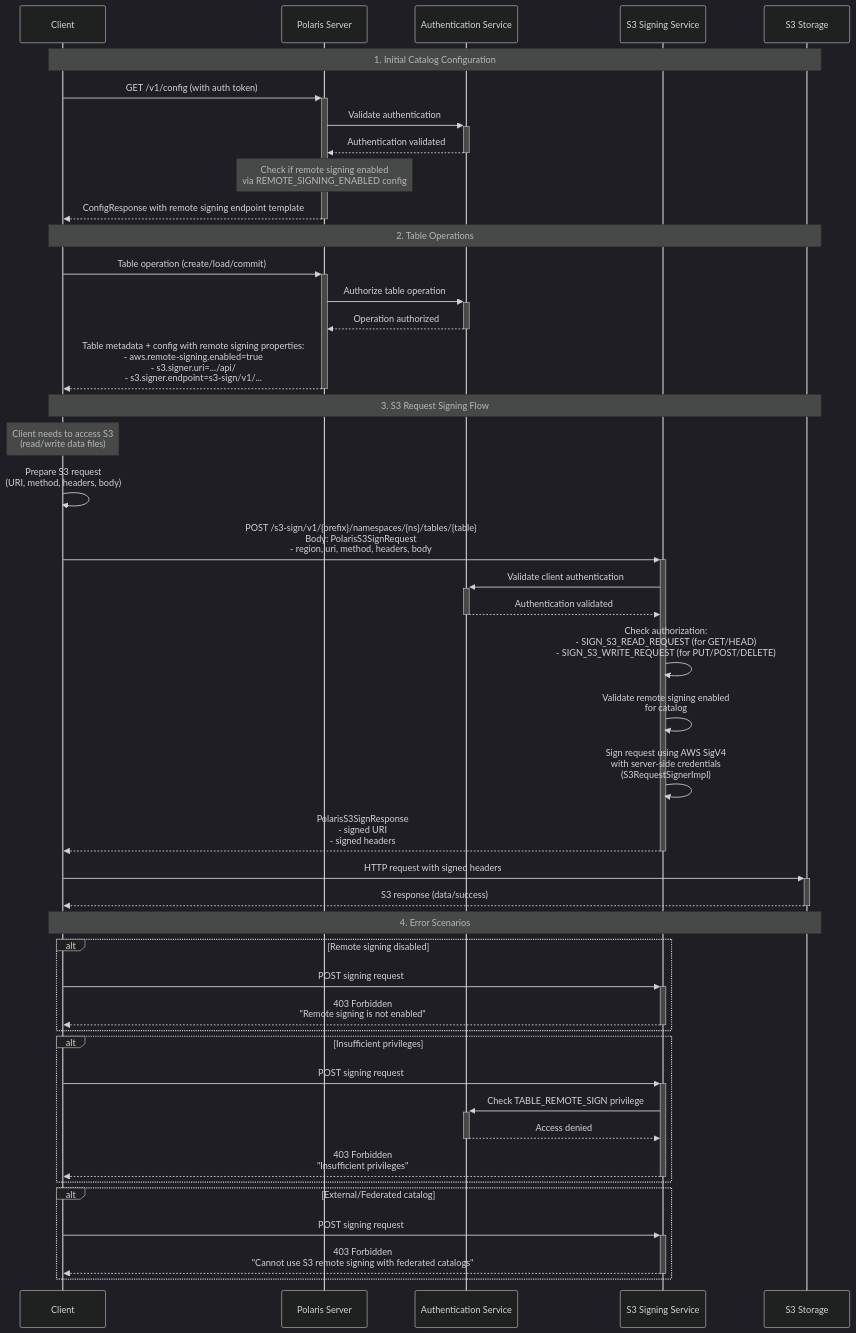
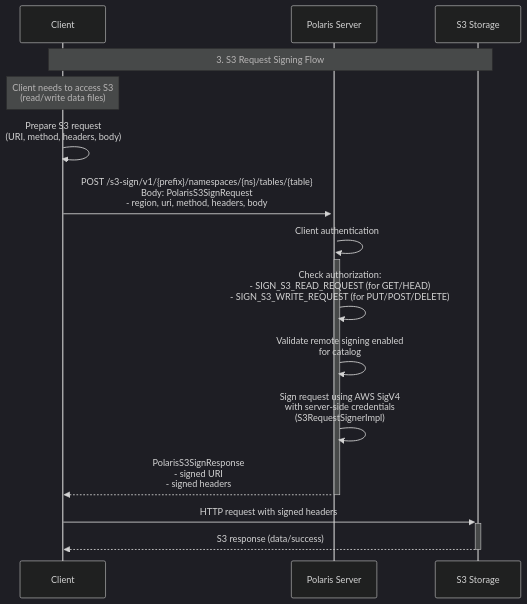
Before and after one commit to adutra/polaris: the third of 4 diagrams in s3-remote-signing-sequence-diagram.md, drawn with Mermaid (dark theme).

Commit message:
sequence diagram

````diff
--- a/s3-remote-signing-sequence-diagram.md
+++ b/s3-remote-signing-sequence-diagram.md
@@ -37,63 +67,26 @@
 ```mermaid
 sequenceDiagram
     participant Client
-    participant PolarisServer as Polaris Server
-    participant AuthService as Authentication Service
-    participant SigningService as S3 Signing Service
+    participant SigningService as Polaris Server
     participant S3Storage as S3 Storage
-
-    Note over Client, S3Storage: 1. Initial Catalog Configuration
-    Client->>+PolarisServer: GET /v1/config (with auth token)
-    PolarisServer->>+AuthService: Validate authentication
-    AuthService-->>-PolarisServer: Authentication validated
-    
-    Note over PolarisServer: Check if remote signing enabled<br/>via REMOTE_SIGNING_ENABLED config
-    
-    PolarisServer-->>-Client: ConfigResponse with remote signing endpoint template
-
-    Note over Client, S3Storage: 2. Table Operations
-    Client->>+PolarisServer: Table operation (create/load/commit)
-    PolarisServer->>+AuthService: Authorize table operation
-    AuthService-->>-PolarisServer: Operation authorized
-    PolarisServer-->>-Client: Table metadata + config with remote signing properties:<br/>- aws.remote-signing.enabled=true<br/>- s3.signer.uri=.../api/<br/>- s3.signer.endpoint=s3-sign/v1/...
 
     Note over Client, S3Storage: 3. S3 Request Signing Flow
     Note over Client: Client needs to access S3<br/>(read/write data files)
     
     Client->>Client: Prepare S3 request<br/>(URI, method, headers, body)
     
     Client->>+SigningService: POST /s3-sign/v1/{prefix}/namespaces/{ns}/tables/{table}<br/>Body: PolarisS3SignRequest<br/>- region, uri, method, headers, body
     
-    SigningService->>+AuthService: Validate client authentication
-    AuthService-->>-SigningService: Authentication validated
+    SigningService->>+SigningService: Client authentication
     
     SigningService->>SigningService: Check authorization:<br/>- SIGN_S3_READ_REQUEST (for GET/HEAD)<br/>- SIGN_S3_WRITE_REQUEST (for PUT/POST/DELETE)
     
     SigningService->>SigningService: Validate remote signing enabled<br/>for catalog
     
     SigningService->>SigningService: Sign request using AWS SigV4<br/>with server-side credentials<br/>(S3RequestSignerImpl)
     
     SigningService-->>-Client: PolarisS3SignResponse<br/>- signed URI<br/>- signed headers
     
     Client->>+S3Storage: HTTP request with signed headers
     S3Storage-->>-Client: S3 response (data/success)
-
-    Note over Client, S3Storage: 4. Error Scenarios
-    
-    alt Remote signing disabled
-        Client->>+SigningService: POST signing request
-        SigningService-->>-Client: 403 Forbidden<br/>"Remote signing is not enabled"
-    end
-    
-    alt Insufficient privileges
-        Client->>+SigningService: POST signing request
-        SigningService->>+AuthService: Check TABLE_REMOTE_SIGN privilege
-        AuthService-->>-SigningService: Access denied
-        SigningService-->>-Client: 403 Forbidden<br/>"Insufficient privileges"
-    end
-    
-    alt External/Federated catalog
-        Client->>+SigningService: POST signing request
-        SigningService-->>-Client: 403 Forbidden<br/>"Cannot use S3 remote signing with federated catalogs"
-    end
 ```
````
